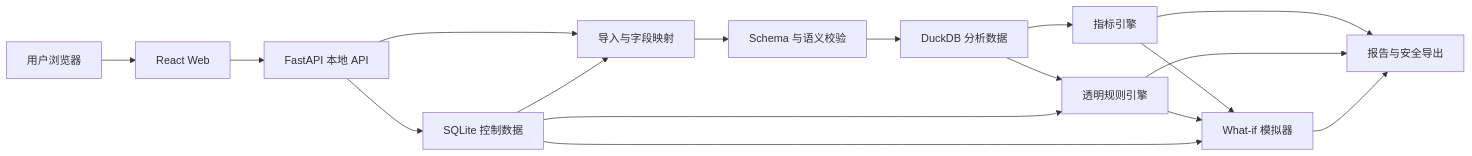
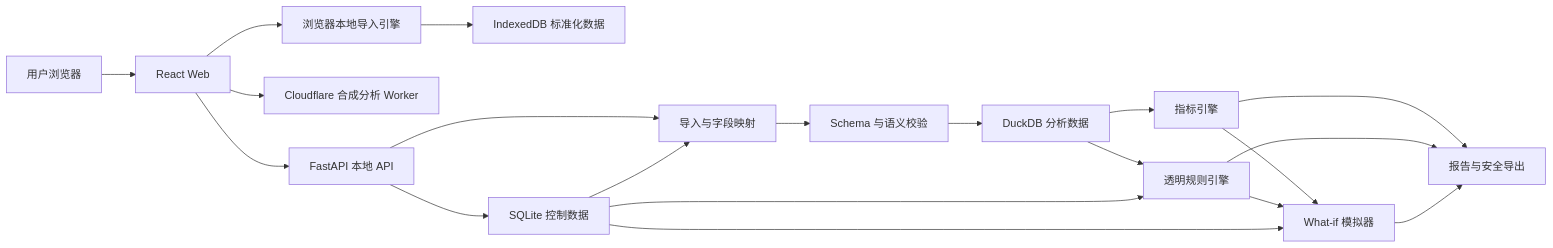
The diagram in docs/ARCHITECTURE.md (autumnnmutua/fulfilllens), drawn with Mermaid before and after one commit. The commit also changed other lines of this file and 60 other files, not shown here.

````diff
--- a/docs/ARCHITECTURE.md
+++ b/docs/ARCHITECTURE.md
@@ -32,19 +33,22 @@
 ```mermaid
 flowchart LR
     U["用户浏览器"] --> W["React Web"]
+    W --> B["浏览器本地导入引擎"]
+    B --> BI["IndexedDB 标准化数据"]
+    W --> CW["Cloudflare 合成分析 Worker"]
     W --> A["FastAPI 本地 API"]
     A --> I["导入与字段映射"]
     I --> V["Schema 与语义校验"]
     V --> D["DuckDB 分析数据"]
     A --> S["SQLite 控制数据"]
     D --> M["指标引擎"]
     D --> R["透明规则引擎"]
     M --> X["What-if 模拟器"]
     R --> X
     M --> P["报告与安全导出"]
     R --> P
     X --> P
     S --> I
     S --> R
     S --> X
 ```
````
